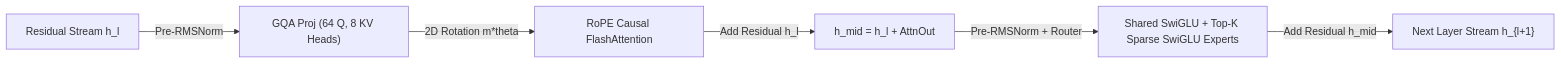
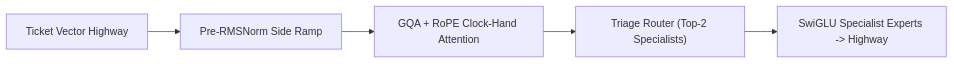
One commit to manjunathk833/codingforinterviews changed the diagram in knowledgebase/05-ai-engineering/05-modern-transformers-rope-swiglu-gqa-and-moe.md. Above: the diagram before and after it, drawn with Mermaid. The commit also changed other lines of this file and 55 other files, not shown here.

````diff
--- a/knowledgebase/05-ai-engineering/05-modern-transformers-rope-swiglu-gqa-and-moe.md
+++ b/knowledgebase/05-ai-engineering/05-modern-transformers-rope-swiglu-gqa-and-moe.md
@@ -71,8 +95,7 @@
 ```mermaid
 flowchart LR
-  In["Residual Stream h_l"] -->|Pre-RMSNorm| QKV["GQA Proj (64 Q, 8 KV Heads)"]
-  QKV -->|2D Rotation m*theta| RoPE["RoPE Causal FlashAttention"]
-  RoPE -->|Add Residual h_l| Mid["h_mid = h_l + AttnOut"]
-  Mid -->|Pre-RMSNorm + Router| MoE["Shared SwiGLU + Top-K Sparse SwiGLU Experts"]
-  MoE -->|Add Residual h_mid| Out["Next Layer Stream h_{l+1}"]
+  In["Ticket Vector Highway"] --> Norm["Pre-RMSNorm Side Ramp"]
+  Norm --> RoPE["GQA + RoPE Clock-Hand Attention"]
+  RoPE --> Gate["Triage Router (Top-2 Specialists)"]
+  Gate --> Out["SwiGLU Specialist Experts -> Highway"]
 ```
````
